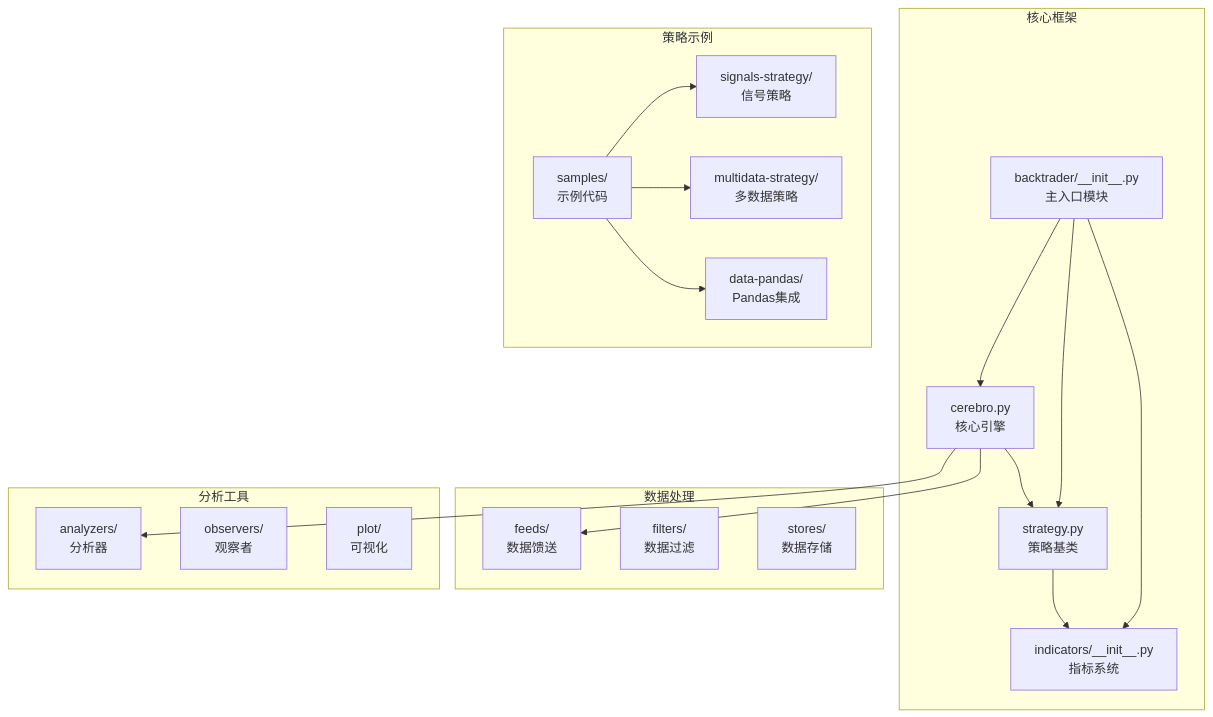
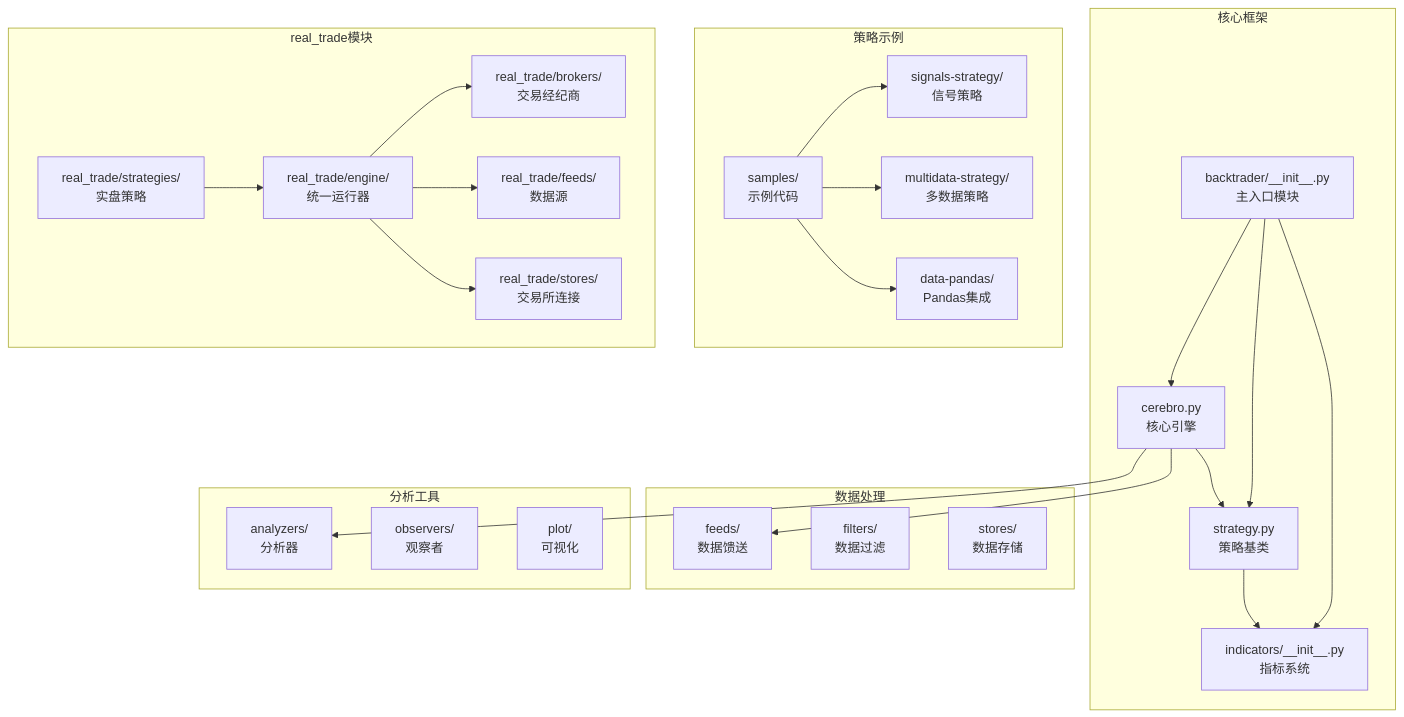
Before and after one commit to bench-prog/backtrader: the first of 14 diagrams in .qoder/repowiki/zh/content/项目概述/快速开始示例.md, drawn with Mermaid. The commit also changed other lines of this file and 40 other files, not shown here.

````diff
--- a/.qoder/repowiki/zh/content/项目概述/快速开始示例.md
+++ b/.qoder/repowiki/zh/content/项目概述/快速开始示例.md
@@ -40,35 +55,46 @@
 ```mermaid
 graph TB
 subgraph "核心框架"
 A[backtrader/__init__.py<br/>主入口模块]
 B[cerebro.py<br/>核心引擎]
 C[strategy.py<br/>策略基类]
 D[indicators/__init__.py<br/>指标系统]
 end
 subgraph "数据处理"
 E[feeds/<br/>数据馈送]
 F[filters/<br/>数据过滤]
 G[stores/<br/>数据存储]
 end
 subgraph "策略示例"
 H[samples/<br/>示例代码]
 I[signals-strategy/<br/>信号策略]
 J[multidata-strategy/<br/>多数据策略]
 K[data-pandas/<br/>Pandas集成]
 end
 subgraph "分析工具"
 L[analyzers/<br/>分析器]
 M[observers/<br/>观察者]
 N[plot/<br/>可视化]
 end
+subgraph "real_trade模块"
+O[real_trade/engine/<br/>统一运行器]
+P[real_trade/strategies/<br/>实盘策略]
+Q[real_trade/brokers/<br/>交易经纪商]
+R[real_trade/feeds/<br/>数据源]
+S[real_trade/stores/<br/>交易所连接]
+end
 A --> B
 A --> C
 A --> D
 B --> C
 B --> E
 B --> L
 C --> D
 H --> I
 H --> J
 H --> K
+O --> Q
+O --> R
+O --> S
+P --> O
 ```
````
